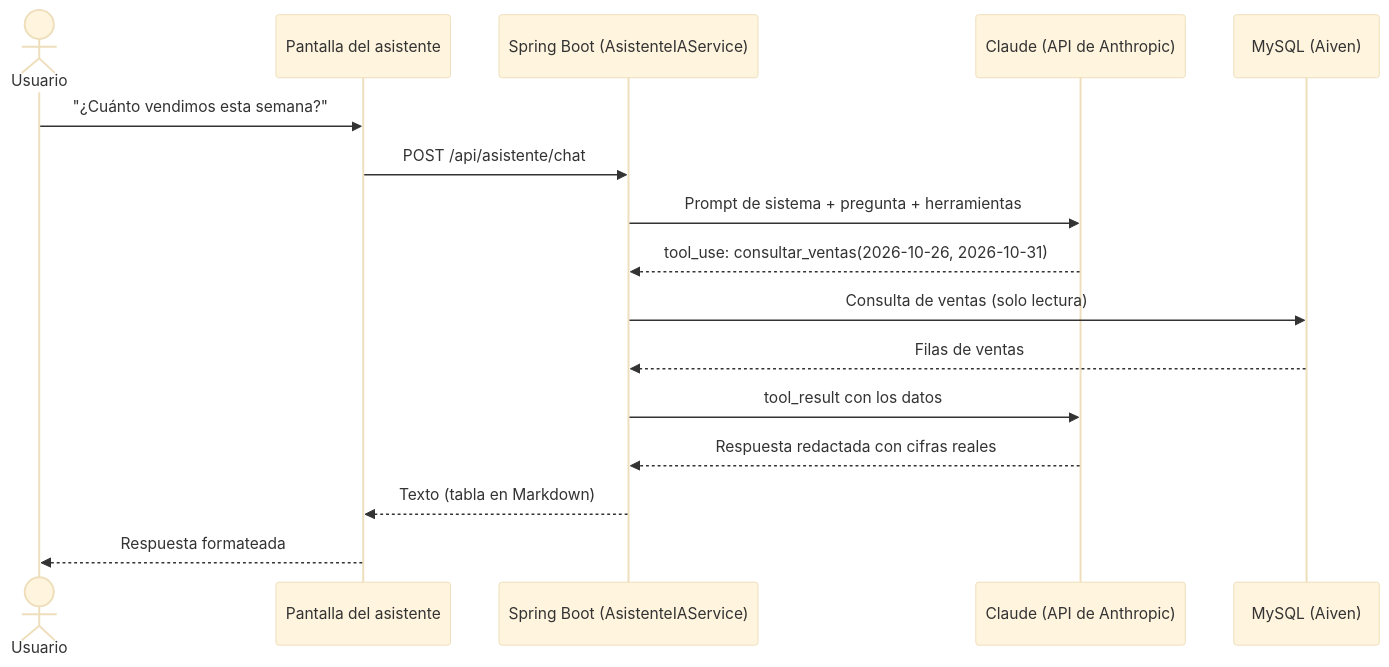
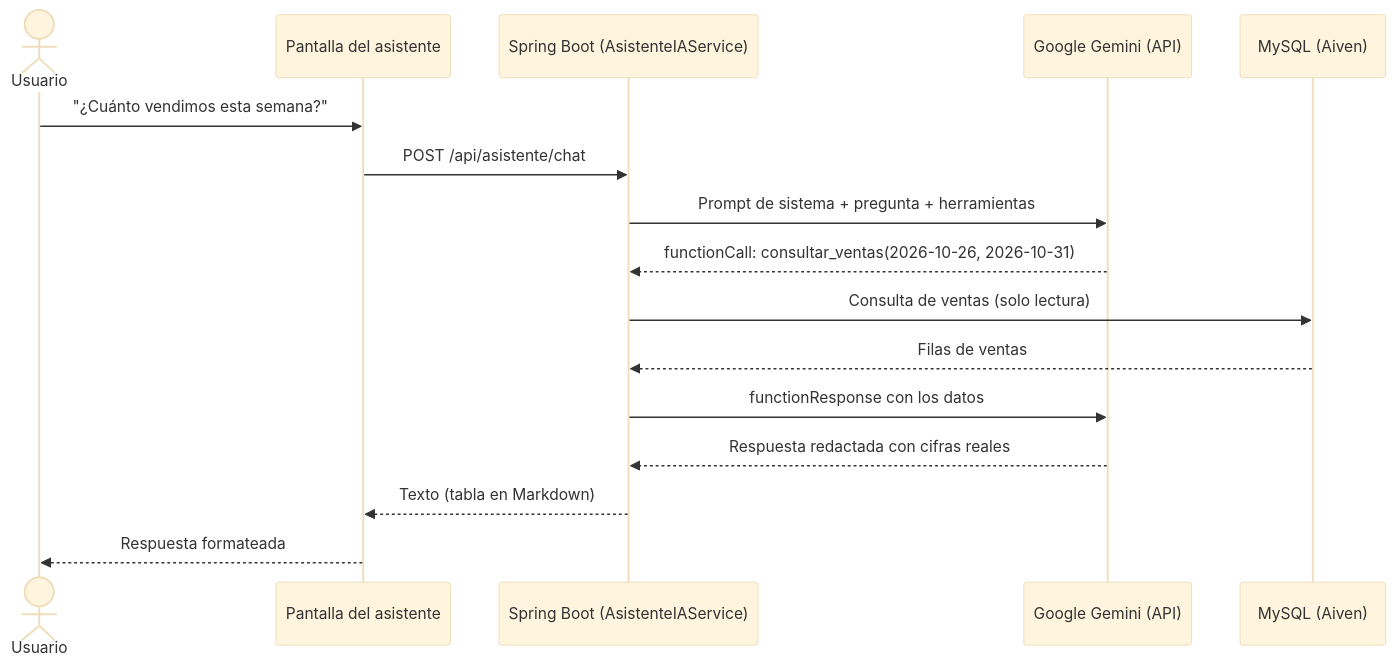
The diagram in docs/avance2/informe_avance2.md (Nva-15/sistema-panaderia-los-andes), drawn with Mermaid (base theme) before and after one commit. The commit also changed other lines of this file and 10 other files, not shown here.

First line of the commit message:
Cambiar el asistente de IA a Google Gemini (plan gratuito)

````diff
--- a/docs/avance2/informe_avance2.md
+++ b/docs/avance2/informe_avance2.md
@@ -29,19 +29,19 @@
 ```mermaid
 sequenceDiagram
     actor U as Usuario
     participant W as Pantalla del asistente
     participant S as Spring Boot (AsistenteIAService)
-    participant C as Claude (API de Anthropic)
+    participant C as Google Gemini (API)
     participant DB as MySQL (Aiven)
 
     U->>W: "¿Cuánto vendimos esta semana?"
     W->>S: POST /api/asistente/chat
     S->>C: Prompt de sistema + pregunta + herramientas
-    C-->>S: tool_use: consultar_ventas(2026-10-26, 2026-10-31)
+    C-->>S: functionCall: consultar_ventas(2026-10-26, 2026-10-31)
     S->>DB: Consulta de ventas (solo lectura)
     DB-->>S: Filas de ventas
-    S->>C: tool_result con los datos
+    S->>C: functionResponse con los datos
     C-->>S: Respuesta redactada con cifras reales
     S-->>W: Texto (tabla en Markdown)
     W-->>U: Respuesta formateada
 ```
````
